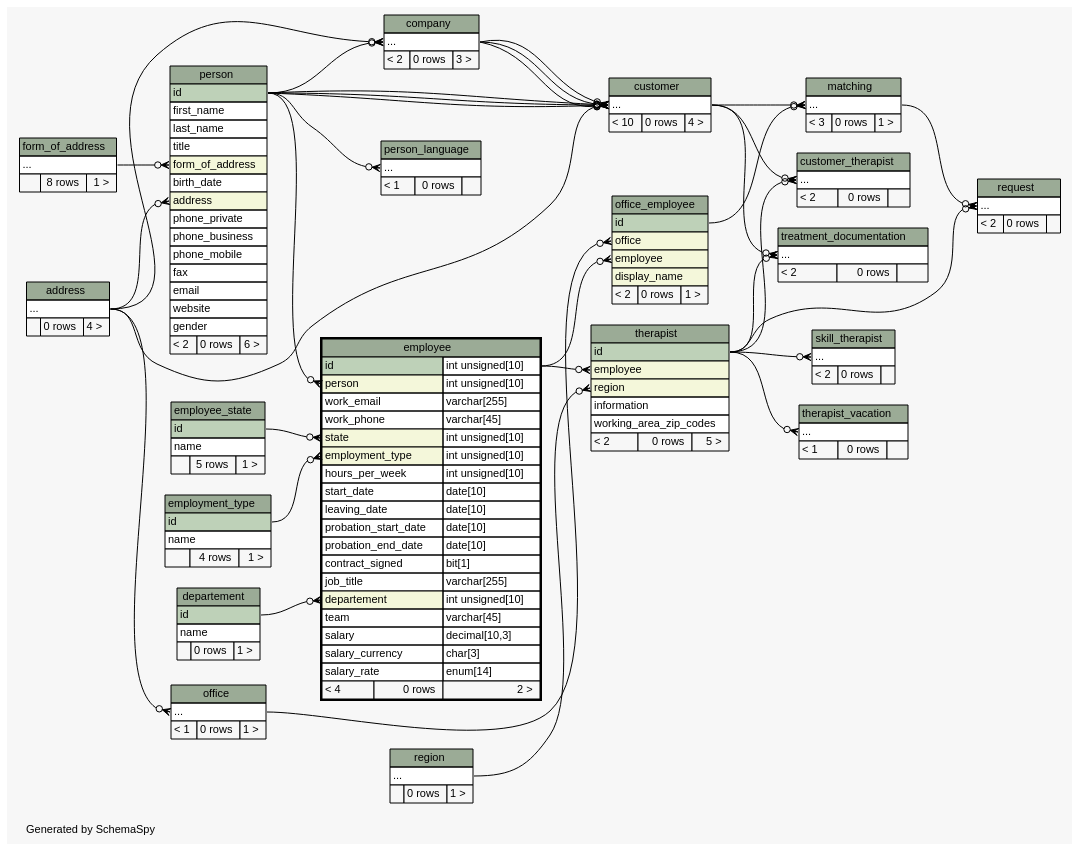
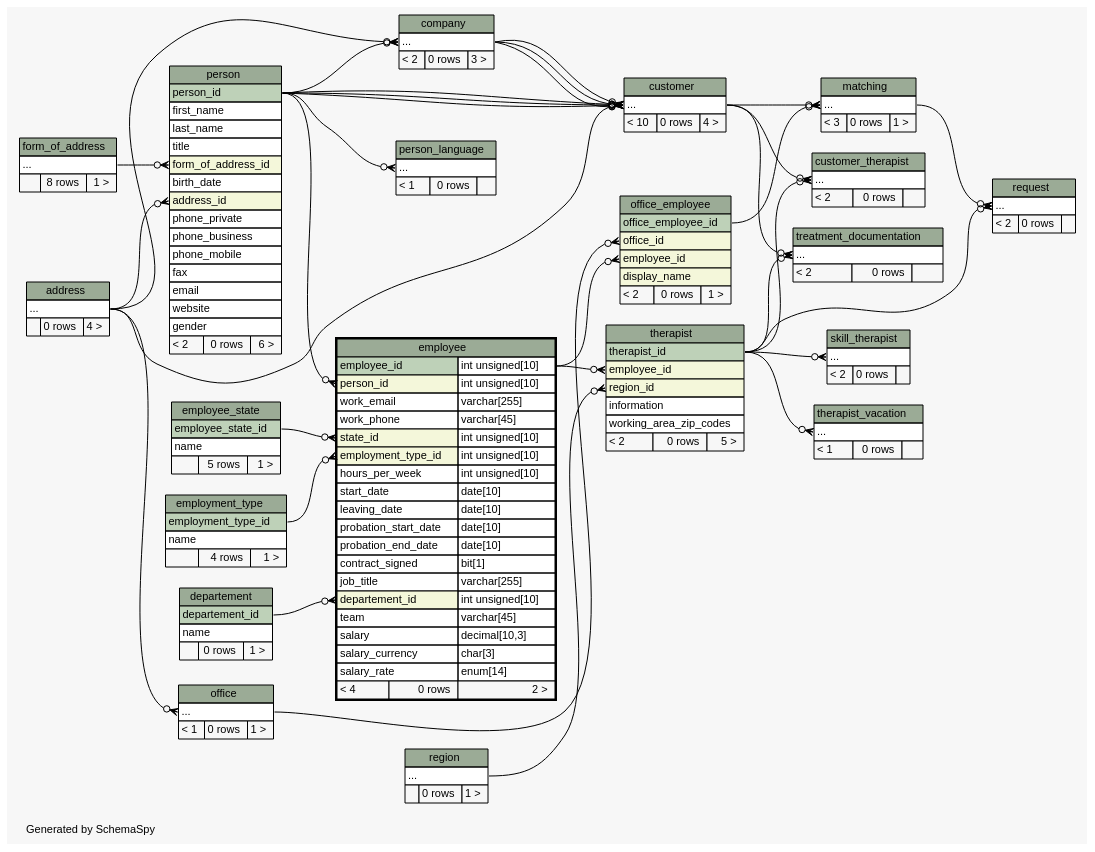
Before and after one commit to KaiBMP/KaiBMP.github.io: the diagram in diagrams/employee.2degrees.dot, drawn with Graphviz. The commit also changed 170 other files, not shown here.

Commit message:
schemaspy update

```diff
--- a/diagrams/employee.2degrees.dot
+++ b/diagrams/employee.2degrees.dot
@@ -20,36 +20,36 @@
     arrowsize="0.8"
   ];
   "company":"elipses":w -> "address":"elipses":e [arrowhead=none dir=back arrowtail=crowodot];
-  "company":"elipses":w -> "person":"id":e [arrowhead=none dir=back arrowtail=crowodot];
+  "company":"elipses":w -> "person":"person_id":e [arrowhead=none dir=back arrowtail=crowodot];
   "customer":"elipses":w -> "company":"elipses":e [arrowhead=none dir=back arrowtail=crowodot];
-  "customer":"elipses":w -> "person":"id":e [arrowhead=none dir=back arrowtail=crowodot];
+  "customer":"elipses":w -> "person":"person_id":e [arrowhead=none dir=back arrowtail=crowodot];
   "customer":"elipses":w -> "address":"elipses":e [arrowhead=none dir=back arrowtail=crowodot];
   "customer":"elipses":w -> "company":"elipses":e [arrowhead=none dir=back arrowtail=crowodot];
-  "customer":"elipses":w -> "person":"id":e [arrowhead=none dir=back arrowtail=crowodot];
+  "customer":"elipses":w -> "person":"person_id":e [arrowhead=none dir=back arrowtail=crowodot];
   "customer":"elipses":w -> "company":"elipses":e [arrowhead=none dir=back arrowtail=crowodot];
-  "customer":"elipses":w -> "person":"id":e [arrowhead=none dir=back arrowtail=crowodot];
+  "customer":"elipses":w -> "person":"person_id":e [arrowhead=none dir=back arrowtail=crowodot];
   "customer_therapist":"elipses":w -> "customer":"elipses":e [arrowhead=none dir=back arrowtail=crowodot];
-  "customer_therapist":"elipses":w -> "therapist":"id":e [arrowhead=none dir=back arrowtail=crowodot];
-  "employee":"departement":w -> "departement":"id":e [arrowhead=none dir=back arrowtail=crowodot];
-  "employee":"employment_type":w -> "employment_type":"id":e [arrowhead=none dir=back arrowtail=crowodot];
-  "employee":"person":w -> "person":"id":e [arrowhead=none dir=back arrowtail=crowodot];
-  "employee":"state":w -> "employee_state":"id":e [arrowhead=none dir=back arrowtail=crowodot];
+  "customer_therapist":"elipses":w -> "therapist":"therapist_id":e [arrowhead=none dir=back arrowtail=crowodot];
+  "employee":"departement_id":w -> "departement":"departement_id":e [arrowhead=none dir=back arrowtail=crowodot];
+  "employee":"employment_type_id":w -> "employment_type":"employment_type_id":e [arrowhead=none dir=back arrowtail=crowodot];
+  "employee":"person_id":w -> "person":"person_id":e [arrowhead=none dir=back arrowtail=crowodot];
+  "employee":"state_id":w -> "employee_state":"employee_state_id":e [arrowhead=none dir=back arrowtail=crowodot];
   "matching":"elipses":w -> "customer":"elipses":e [arrowhead=none dir=back arrowtail=crowodot];
-  "matching":"elipses":w -> "office_employee":"id":e [arrowhead=none dir=back arrowtail=crowodot];
+  "matching":"elipses":w -> "office_employee":"office_employee_id":e [arrowhead=none dir=back arrowtail=crowodot];
   "office":"elipses":w -> "address":"elipses":e [arrowhead=none dir=back arrowtail=crowodot];
-  "office_employee":"employee":w -> "employee":"id.type":e [arrowhead=none dir=back arrowtail=crowodot];
-  "office_employee":"office":w -> "office":"elipses":e [arrowhead=none dir=back arrowtail=crowodot];
-  "person":"address":w -> "address":"elipses":e [arrowhead=none dir=back arrowtail=crowodot];
-  "person":"form_of_address":w -> "form_of_address":"elipses":e [arrowhead=none dir=back arrowtail=crowodot];
-  "person_language":"elipses":w -> "person":"id":e [arrowhead=none dir=back arrowtail=crowodot];
+  "office_employee":"employee_id":w -> "employee":"employee_id.type":e [arrowhead=none dir=back arrowtail=crowodot];
+  "office_employee":"office_id":w -> "office":"elipses":e [arrowhead=none dir=back arrowtail=crowodot];
+  "person":"address_id":w -> "address":"elipses":e [arrowhead=none dir=back arrowtail=crowodot];
+  "person":"form_of_address_id":w -> "form_of_address":"elipses":e [arrowhead=none dir=back arrowtail=crowodot];
+  "person_language":"elipses":w -> "person":"person_id":e [arrowhead=none dir=back arrowtail=crowodot];
   "request":"elipses":w -> "matching":"elipses":e [arrowhead=none dir=back arrowtail=crowodot];
-  "request":"elipses":w -> "therapist":"id":e [arrowhead=none dir=back arrowtail=crowodot];
-  "skill_therapist":"elipses":w -> "therapist":"id":e [arrowhead=none dir=back arrowtail=crowodot];
-  "therapist":"employee":w -> "employee":"id.type":e [arrowhead=none dir=back arrowtail=crowodot];
-  "therapist":"region":w -> "region":"elipses":e [arrowhead=none dir=back arrowtail=crowodot];
-  "therapist_vacation":"elipses":w -> "therapist":"id":e [arrowhead=none dir=back arrowtail=crowodot];
+  "request":"elipses":w -> "therapist":"therapist_id":e [arrowhead=none dir=back arrowtail=crowodot];
+  "skill_therapist":"elipses":w -> "therapist":"therapist_id":e [arrowhead=none dir=back arrowtail=crowodot];
+  "therapist":"employee_id":w -> "employee":"employee_id.type":e [arrowhead=none dir=back arrowtail=crowodot];
+  "therapist":"region_id":w -> "region":"elipses":e [arrowhead=none dir=back arrowtail=crowodot];
+  "therapist_vacation":"elipses":w -> "therapist":"therapist_id":e [arrowhead=none dir=back arrowtail=crowodot];
   "treatment_documentation":"elipses":w -> "customer":"elipses":e [arrowhead=none dir=back arrowtail=crowodot];
-  "treatment_documentation":"elipses":w -> "therapist":"id":e [arrowhead=none dir=back arrowtail=crowodot];
+  "treatment_documentation":"elipses":w -> "therapist":"therapist_id":e [arrowhead=none dir=back arrowtail=crowodot];
   "address" [
     label=<
     <TABLE BORDER="0" CELLBORDER="1" CELLSPACING="0" BGCOLOR="#ffffff">
@@ -94,7 +94,7 @@
     label=<
     <TABLE BORDER="0" CELLBORDER="1" CELLSPACING="0" BGCOLOR="#ffffff">
       <TR><TD COLSPAN="3" BGCOLOR="#9bab96" ALIGN="CENTER">departement</TD></TR>
-      <TR><TD PORT="id" COLSPAN="3" BGCOLOR="#bed1b8" ALIGN="LEFT">id</TD></TR>
+      <TR><TD PORT="departement_id" COLSPAN="3" BGCOLOR="#bed1b8" ALIGN="LEFT">departement_id</TD></TR>
       <TR><TD PORT="name" COLSPAN="3" ALIGN="LEFT">name</TD></TR>
       <TR><TD ALIGN="LEFT" BGCOLOR="#f7f7f7">  </TD><TD ALIGN="RIGHT" BGCOLOR="#f7f7f7">0 rows</TD><TD ALIGN="RIGHT" BGCOLOR="#f7f7f7">1 &gt;</TD></TR>
     </TABLE>>
@@ -105,12 +105,12 @@
     label=<
     <TABLE BORDER="2" CELLBORDER="1" CELLSPACING="0" BGCOLOR="#ffffff">
       <TR><TD COLSPAN="3" BGCOLOR="#9bab96" ALIGN="CENTER">employee</TD></TR>
-      <TR><TD PORT="id" COLSPAN="2" BGCOLOR="#bed1b8" ALIGN="LEFT">id</TD><TD PORT="id.type" ALIGN="LEFT">int unsigned[10]</TD></TR>
-      <TR><TD PORT="person" COLSPAN="2" BGCOLOR="#f4f7da" ALIGN="LEFT">person</TD><TD PORT="person.type" ALIGN="LEFT">int unsigned[10]</TD></TR>
+      <TR><TD PORT="employee_id" COLSPAN="2" BGCOLOR="#bed1b8" ALIGN="LEFT">employee_id</TD><TD PORT="employee_id.type" ALIGN="LEFT">int unsigned[10]</TD></TR>
+      <TR><TD PORT="person_id" COLSPAN="2" BGCOLOR="#f4f7da" ALIGN="LEFT">person_id</TD><TD PORT="person_id.type" ALIGN="LEFT">int unsigned[10]</TD></TR>
       <TR><TD PORT="work_email" COLSPAN="2" ALIGN="LEFT">work_email</TD><TD PORT="work_email.type" ALIGN="LEFT">varchar[255]</TD></TR>
       <TR><TD PORT="work_phone" COLSPAN="2" ALIGN="LEFT">work_phone</TD><TD PORT="work_phone.type" ALIGN="LEFT">varchar[45]</TD></TR>
-      <TR><TD PORT="state" COLSPAN="2" BGCOLOR="#f4f7da" ALIGN="LEFT">state</TD><TD PORT="state.type" ALIGN="LEFT">int unsigned[10]</TD></TR>
-      <TR><TD PORT="employment_type" COLSPAN="2" BGCOLOR="#f4f7da" ALIGN="LEFT">employment_type</TD><TD PORT="employment_type.type" ALIGN="LEFT">int unsigned[10]</TD></TR>
+      <TR><TD PORT="state_id" COLSPAN="2" BGCOLOR="#f4f7da" ALIGN="LEFT">state_id</TD><TD PORT="state_id.type" ALIGN="LEFT">int unsigned[10]</TD></TR>
+      <TR><TD PORT="employment_type_id" COLSPAN="2" BGCOLOR="#f4f7da" ALIGN="LEFT">employment_type_id</TD><TD PORT="employment_type_id.type" ALIGN="LEFT">int unsigned[10]</TD></TR>
       <TR><TD PORT="hours_per_week" COLSPAN="2" ALIGN="LEFT">hours_per_week</TD><TD PORT="hours_per_week.type" ALIGN="LEFT">int unsigned[10]</TD></TR>
       <TR><TD PORT="start_date" COLSPAN="2" ALIGN="LEFT">start_date</TD><TD PORT="start_date.type" ALIGN="LEFT">date[10]</TD></TR>
       <TR><TD PORT="leaving_date" COLSPAN="2" ALIGN="LEFT">leaving_date</TD><TD PORT="leaving_date.type" ALIGN="LEFT">date[10]</TD></TR>
@@ -118,7 +118,7 @@
       <TR><TD PORT="probation_end_date" COLSPAN="2" ALIGN="LEFT">probation_end_date</TD><TD PORT="probation_end_date.type" ALIGN="LEFT">date[10]</TD></TR>
       <TR><TD PORT="contract_signed" COLSPAN="2" ALIGN="LEFT">contract_signed</TD><TD PORT="contract_signed.type" ALIGN="LEFT">bit[1]</TD></TR>
       <TR><TD PORT="job_title" COLSPAN="2" ALIGN="LEFT">job_title</TD><TD PORT="job_title.type" ALIGN="LEFT">varchar[255]</TD></TR>
-      <TR><TD PORT="departement" COLSPAN="2" BGCOLOR="#f4f7da" ALIGN="LEFT">departement</TD><TD PORT="departement.type" ALIGN="LEFT">int unsigned[10]</TD></TR>
+      <TR><TD PORT="departement_id" COLSPAN="2" BGCOLOR="#f4f7da" ALIGN="LEFT">departement_id</TD><TD PORT="departement_id.type" ALIGN="LEFT">int unsigned[10]</TD></TR>
       <TR><TD PORT="team" COLSPAN="2" ALIGN="LEFT">team</TD><TD PORT="team.type" ALIGN="LEFT">varchar[45]</TD></TR>
       <TR><TD PORT="salary" COLSPAN="2" ALIGN="LEFT">salary</TD><TD PORT="salary.type" ALIGN="LEFT">decimal[10,3]</TD></TR>
       <TR><TD PORT="salary_currency" COLSPAN="2" ALIGN="LEFT">salary_currency</TD><TD PORT="salary_currency.type" ALIGN="LEFT">char[3]</TD></TR>
@@ -132,7 +132,7 @@
     label=<
     <TABLE BORDER="0" CELLBORDER="1" CELLSPACING="0" BGCOLOR="#ffffff">
       <TR><TD COLSPAN="3" BGCOLOR="#9bab96" ALIGN="CENTER">employee_state</TD></TR>
-      <TR><TD PORT="id" COLSPAN="3" BGCOLOR="#bed1b8" ALIGN="LEFT">id</TD></TR>
+      <TR><TD PORT="employee_state_id" COLSPAN="3" BGCOLOR="#bed1b8" ALIGN="LEFT">employee_state_id</TD></TR>
       <TR><TD PORT="name" COLSPAN="3" ALIGN="LEFT">name</TD></TR>
       <TR><TD ALIGN="LEFT" BGCOLOR="#f7f7f7">  </TD><TD ALIGN="RIGHT" BGCOLOR="#f7f7f7">5 rows</TD><TD ALIGN="RIGHT" BGCOLOR="#f7f7f7">1 &gt;</TD></TR>
     </TABLE>>
@@ -143,7 +143,7 @@
     label=<
     <TABLE BORDER="0" CELLBORDER="1" CELLSPACING="0" BGCOLOR="#ffffff">
       <TR><TD COLSPAN="3" BGCOLOR="#9bab96" ALIGN="CENTER">employment_type</TD></TR>
-      <TR><TD PORT="id" COLSPAN="3" BGCOLOR="#bed1b8" ALIGN="LEFT">id</TD></TR>
+      <TR><TD PORT="employment_type_id" COLSPAN="3" BGCOLOR="#bed1b8" ALIGN="LEFT">employment_type_id</TD></TR>
       <TR><TD PORT="name" COLSPAN="3" ALIGN="LEFT">name</TD></TR>
       <TR><TD ALIGN="LEFT" BGCOLOR="#f7f7f7">  </TD><TD ALIGN="RIGHT" BGCOLOR="#f7f7f7">4 rows</TD><TD ALIGN="RIGHT" BGCOLOR="#f7f7f7">1 &gt;</TD></TR>
     </TABLE>>
@@ -184,9 +184,9 @@
     label=<
     <TABLE BORDER="0" CELLBORDER="1" CELLSPACING="0" BGCOLOR="#ffffff">
       <TR><TD COLSPAN="3" BGCOLOR="#9bab96" ALIGN="CENTER">office_employee</TD></TR>
-      <TR><TD PORT="id" COLSPAN="3" BGCOLOR="#bed1b8" ALIGN="LEFT">id</TD></TR>
-      <TR><TD PORT="office" COLSPAN="3" BGCOLOR="#f4f7da" ALIGN="LEFT">office</TD></TR>
-      <TR><TD PORT="employee" COLSPAN="3" BGCOLOR="#f4f7da" ALIGN="LEFT">employee</TD></TR>
+      <TR><TD PORT="office_employee_id" COLSPAN="3" BGCOLOR="#bed1b8" ALIGN="LEFT">office_employee_id</TD></TR>
+      <TR><TD PORT="office_id" COLSPAN="3" BGCOLOR="#f4f7da" ALIGN="LEFT">office_id</TD></TR>
+      <TR><TD PORT="employee_id" COLSPAN="3" BGCOLOR="#f4f7da" ALIGN="LEFT">employee_id</TD></TR>
       <TR><TD PORT="display_name" COLSPAN="3" BGCOLOR="#f4f7da" ALIGN="LEFT">display_name</TD></TR>
       <TR><TD ALIGN="LEFT" BGCOLOR="#f7f7f7">&lt; 2</TD><TD ALIGN="RIGHT" BGCOLOR="#f7f7f7">0 rows</TD><TD ALIGN="RIGHT" BGCOLOR="#f7f7f7">1 &gt;</TD></TR>
     </TABLE>>
@@ -197,13 +197,13 @@
     label=<
     <TABLE BORDER="0" CELLBORDER="1" CELLSPACING="0" BGCOLOR="#ffffff">
       <TR><TD COLSPAN="3" BGCOLOR="#9bab96" ALIGN="CENTER">person</TD></TR>
-      <TR><TD PORT="id" COLSPAN="3" BGCOLOR="#bed1b8" ALIGN="LEFT">id</TD></TR>
+      <TR><TD PORT="person_id" COLSPAN="3" BGCOLOR="#bed1b8" ALIGN="LEFT">person_id</TD></TR>
       <TR><TD PORT="first_name" COLSPAN="3" ALIGN="LEFT">first_name</TD></TR>
       <TR><TD PORT="last_name" COLSPAN="3" ALIGN="LEFT">last_name</TD></TR>
       <TR><TD PORT="title" COLSPAN="3" ALIGN="LEFT">title</TD></TR>
-      <TR><TD PORT="form_of_address" COLSPAN="3" BGCOLOR="#f4f7da" ALIGN="LEFT">form_of_address</TD></TR>
+      <TR><TD PORT="form_of_address_id" COLSPAN="3" BGCOLOR="#f4f7da" ALIGN="LEFT">form_of_address_id</TD></TR>
       <TR><TD PORT="birth_date" COLSPAN="3" ALIGN="LEFT">birth_date</TD></TR>
-      <TR><TD PORT="address" COLSPAN="3" BGCOLOR="#f4f7da" ALIGN="LEFT">address</TD></TR>
+      <TR><TD PORT="address_id" COLSPAN="3" BGCOLOR="#f4f7da" ALIGN="LEFT">address_id</TD></TR>
       <TR><TD PORT="phone_private" COLSPAN="3" ALIGN="LEFT">phone_private</TD></TR>
       <TR><TD PORT="phone_business" COLSPAN="3" ALIGN="LEFT">phone_business</TD></TR>
       <TR><TD PORT="phone_mobile" COLSPAN="3" ALIGN="LEFT">phone_mobile</TD></TR>
@@ -260,9 +260,9 @@
     label=<
     <TABLE BORDER="0" CELLBORDER="1" CELLSPACING="0" BGCOLOR="#ffffff">
       <TR><TD COLSPAN="3" BGCOLOR="#9bab96" ALIGN="CENTER">therapist</TD></TR>
-      <TR><TD PORT="id" COLSPAN="3" BGCOLOR="#bed1b8" ALIGN="LEFT">id</TD></TR>
-      <TR><TD PORT="employee" COLSPAN="3" BGCOLOR="#f4f7da" ALIGN="LEFT">employee</TD></TR>
-      <TR><TD PORT="region" COLSPAN="3" BGCOLOR="#f4f7da" ALIGN="LEFT">region</TD></TR>
+      <TR><TD PORT="therapist_id" COLSPAN="3" BGCOLOR="#bed1b8" ALIGN="LEFT">therapist_id</TD></TR>
+      <TR><TD PORT="employee_id" COLSPAN="3" BGCOLOR="#f4f7da" ALIGN="LEFT">employee_id</TD></TR>
+      <TR><TD PORT="region_id" COLSPAN="3" BGCOLOR="#f4f7da" ALIGN="LEFT">region_id</TD></TR>
       <TR><TD PORT="information" COLSPAN="3" ALIGN="LEFT">information</TD></TR>
       <TR><TD PORT="working_area_zip_codes" COLSPAN="3" ALIGN="LEFT">working_area_zip_codes</TD></TR>
       <TR><TD ALIGN="LEFT" BGCOLOR="#f7f7f7">&lt; 2</TD><TD ALIGN="RIGHT" BGCOLOR="#f7f7f7">0 rows</TD><TD ALIGN="RIGHT" BGCOLOR="#f7f7f7">5 &gt;</TD></TR>
```
